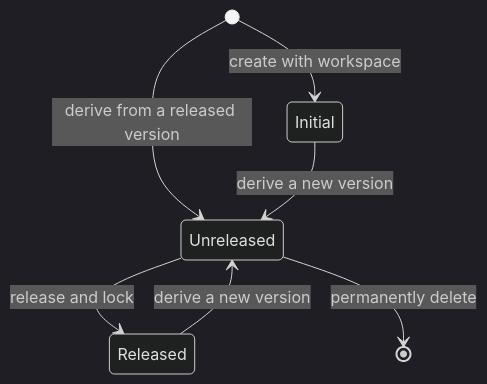
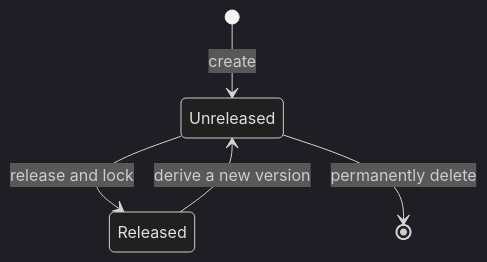
Before and after one commit to huang-xiao-jian/themis: the diagram in specs/copernicus/glossary/workspace-version.md, drawn with Mermaid (dark theme). The commit also changed other lines of this file and 6 other files, not shown here.

Commit message:
docs(copernicus): remove initial workspace version

````diff
--- a/specs/copernicus/glossary/workspace-version.md
+++ b/specs/copernicus/glossary/workspace-version.md
@@ -51,9 +51,7 @@
 ```mermaid
 stateDiagram-v2
-    [*] --> Initial: create with workspace
-    [*] --> Unreleased: derive from a released version
-    Initial --> Unreleased: derive a new version
+    [*] --> Unreleased: create
     Unreleased --> Released: release and lock
     Unreleased --> [*]: permanently delete
     Released --> Unreleased: derive a new version
 ```
````
